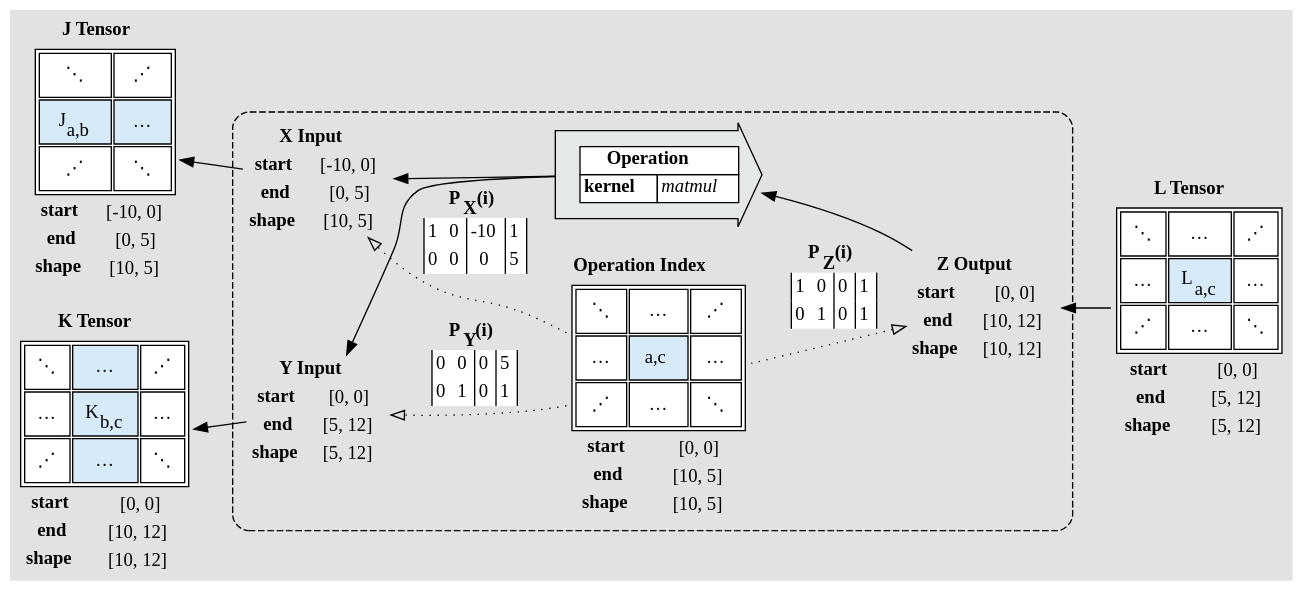
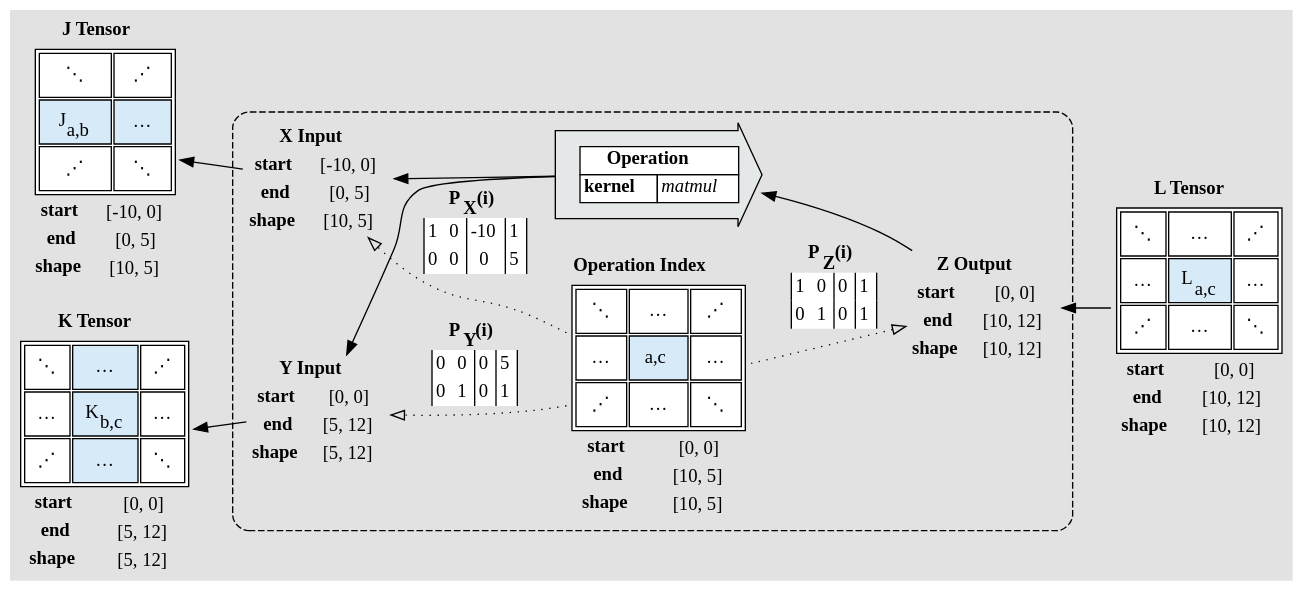
The diagram in docs/PolyhedralTypes/PolyhedralTypeSignatures/matmul.example.dot (crutcher/tapestry), drawn with Graphviz before and after one commit. The commit also changed 2 other files, not shown here.

Commit message:
Update end and shape values in matmul examples
The commit corrects the 'end' and 'shape' values in the matmul.example.dot & its SVG representation. Changes reflect accurate dimensions for matrix multiplication examples.

```diff
--- a/docs/PolyhedralTypes/PolyhedralTypeSignatures/matmul.example.dot
+++ b/docs/PolyhedralTypes/PolyhedralTypeSignatures/matmul.example.dot
@@ -55,8 +55,8 @@
             </table>
 </td></tr>
 <tr><td><b>start</b></td><td>[0, 0]</td></tr>
-<tr><td><b>end</b></td><td>[10, 12]</td></tr>
-<tr><td><b>shape</b></td><td>[10, 12]</td></tr>
+<tr><td><b>end</b></td><td>[5, 12]</td></tr>
+<tr><td><b>shape</b></td><td>[5, 12]</td></tr>
 </table>
         >,
     ];
@@ -87,8 +87,8 @@
             </table>
                 </td></tr>
             <tr><td><b>start</b></td><td>[0, 0]</td></tr>
-            <tr><td><b>end</b></td><td>[5, 12]</td></tr>
-            <tr><td><b>shape</b></td><td>[5, 12]</td></tr>
+            <tr><td><b>end</b></td><td>[10, 12]</td></tr>
+            <tr><td><b>shape</b></td><td>[10, 12]</td></tr>
                 </table>
         >,
         ];
```
